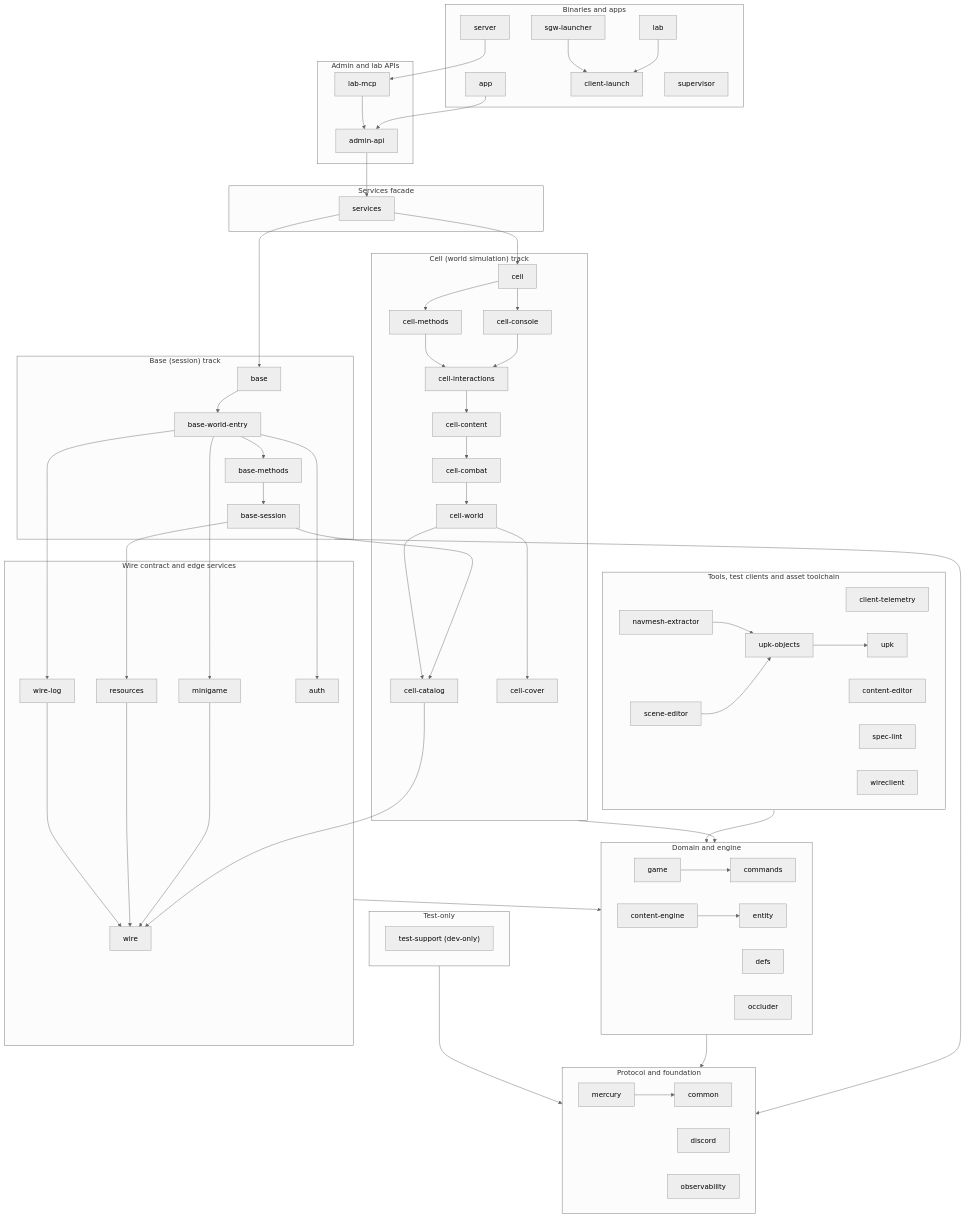
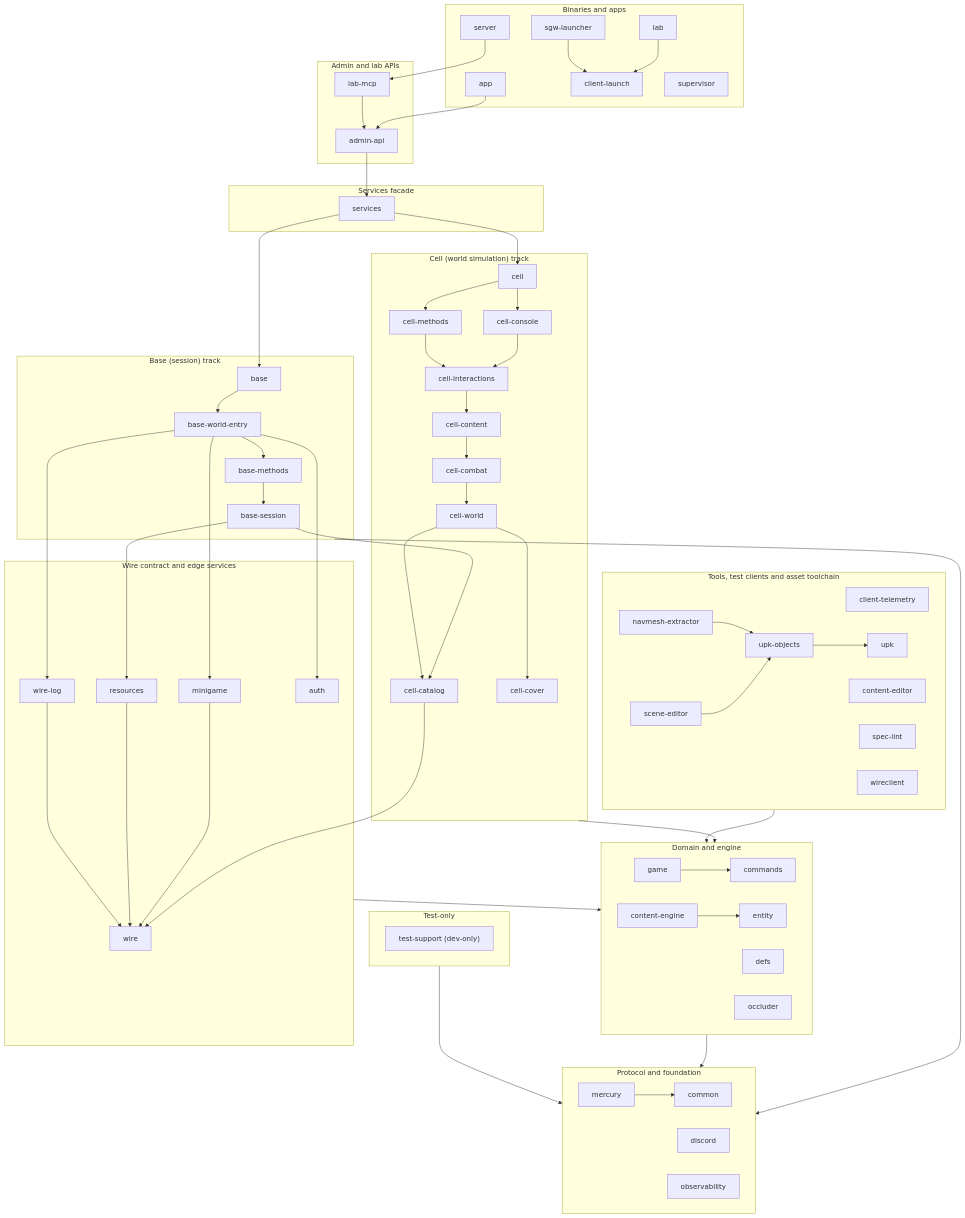
The diagram in README.md (SandboxServers/Cimmeria), drawn with Mermaid before and after one commit. The commit also changed 2 other files, not shown here.

Commit message:
docs(crate-graph): let GitHub pick the Mermaid theme
The generated diagram forced "theme": "neutral", which keeps light-mode
colours (white layer boxes, grey arrows) on GitHub's dark background, where
the arrows between boxes nearly vanish. With no theme in the init directive,
GitHub renders its dark Mermaid theme in dark mode and the default theme in
light mode. htmlLabels stays off.

Claude-Session: https://claude.ai/code/session_01Wgx9Q5HHQtsvQ1tyaRraqz

````diff
--- a/README.md
+++ b/README.md
@@ -98,5 +98,5 @@
 ```mermaid
-%%{init: {"flowchart": {"htmlLabels": false}, "theme": "neutral"}}%%
+%%{init: {"flowchart": {"htmlLabels": false}}}%%
 flowchart TD
     subgraph grp_apps["Binaries and apps"]
         app["app"]
````
